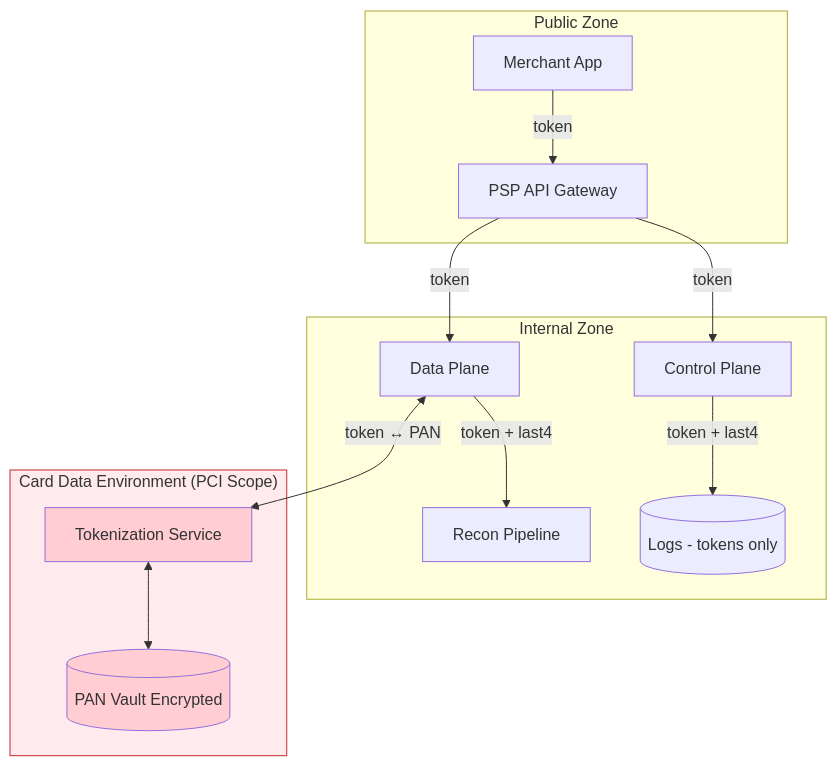
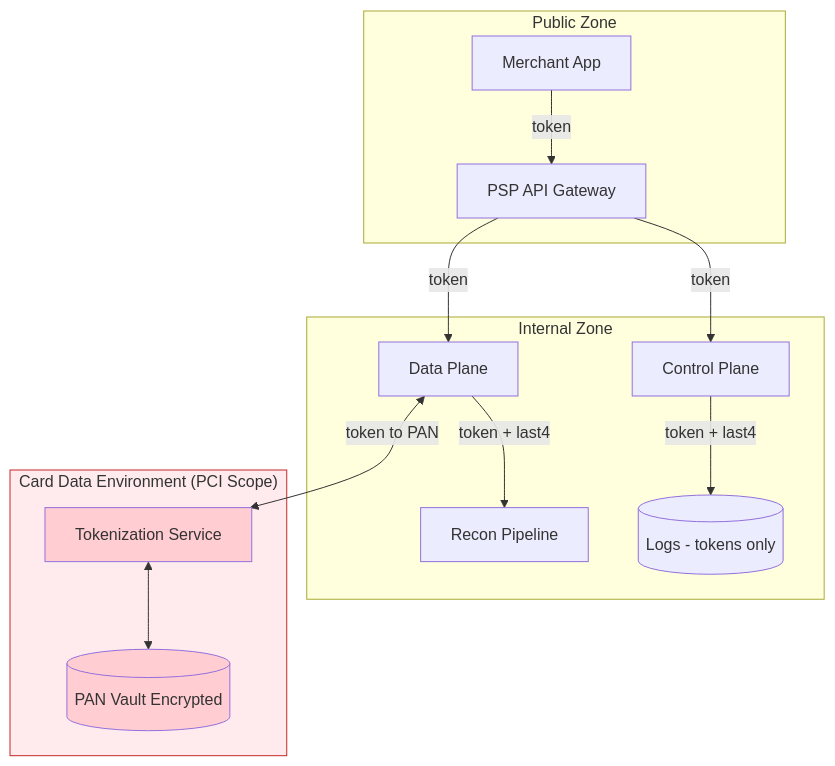
Before and after one commit to udaytamma/Cyrus: the seventh of 8 diagrams in gemini-responses/payments-at-visa.md, drawn with Mermaid. The commit also changed other lines of this file and 1 other file, not shown here.

First line of the commit message:
fix: Remove Unicode arrows from Mermaid diagrams

````diff
--- a/gemini-responses/payments-at-visa.md
+++ b/gemini-responses/payments-at-visa.md
@@ -427,31 +427,31 @@
 ```mermaid
 flowchart TB
     subgraph PUBLIC["Public Zone"]
         MERCHANT[Merchant App]
         API[PSP API Gateway]
     end
 
     subgraph INTERNAL["Internal Zone"]
         CP[Control Plane]
         DP[Data Plane]
         RECON[Recon Pipeline]
         LOGS[(Logs - tokens only)]
     end
 
     subgraph CDE["Card Data Environment (PCI Scope)"]
         VAULT[("PAN Vault Encrypted")]
         TOK[Tokenization Service]
     end
 
     MERCHANT -->|token| API
     API -->|token| CP
     API -->|token| DP
-    DP <-->|token ↔ PAN| TOK
+    DP <-->|token to PAN| TOK
     TOK <--> VAULT
     CP -->|token + last4| LOGS
     DP -->|token + last4| RECON
 
     style CDE fill:#ffebee,stroke:#c62828
     style VAULT fill:#ffcdd2
     style TOK fill:#ffcdd2
 ```
````
